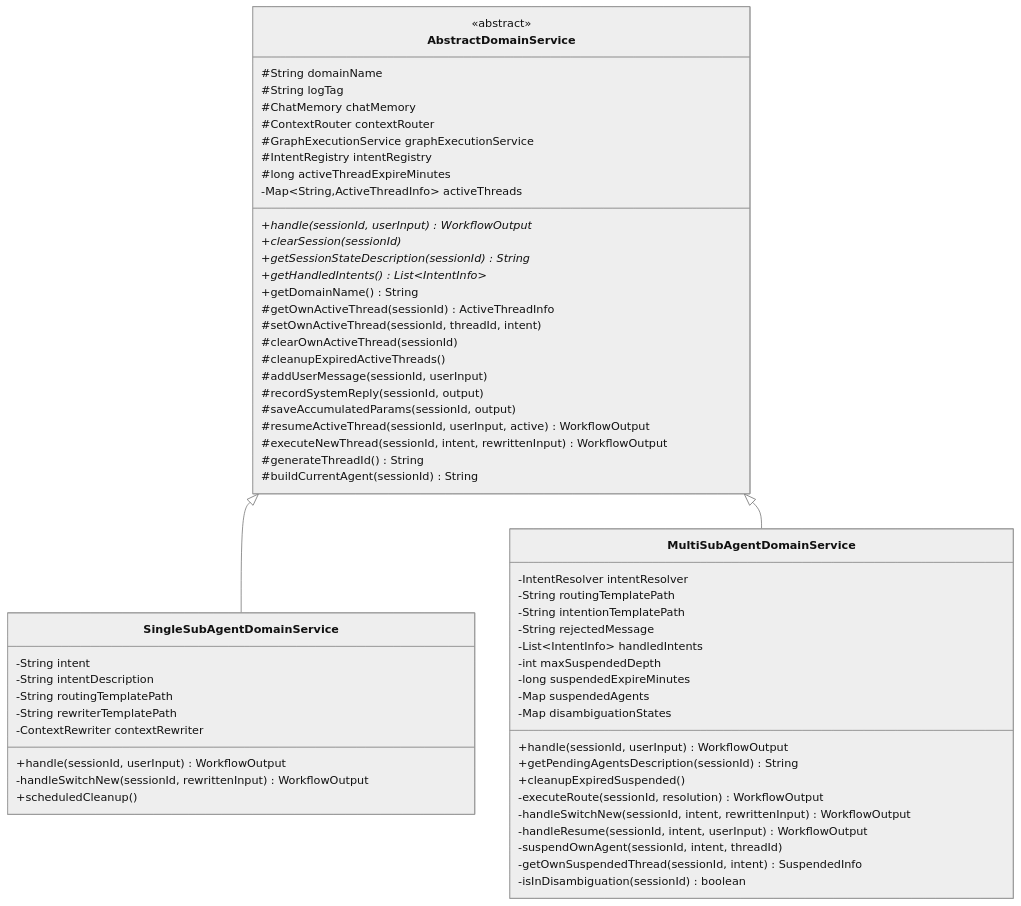
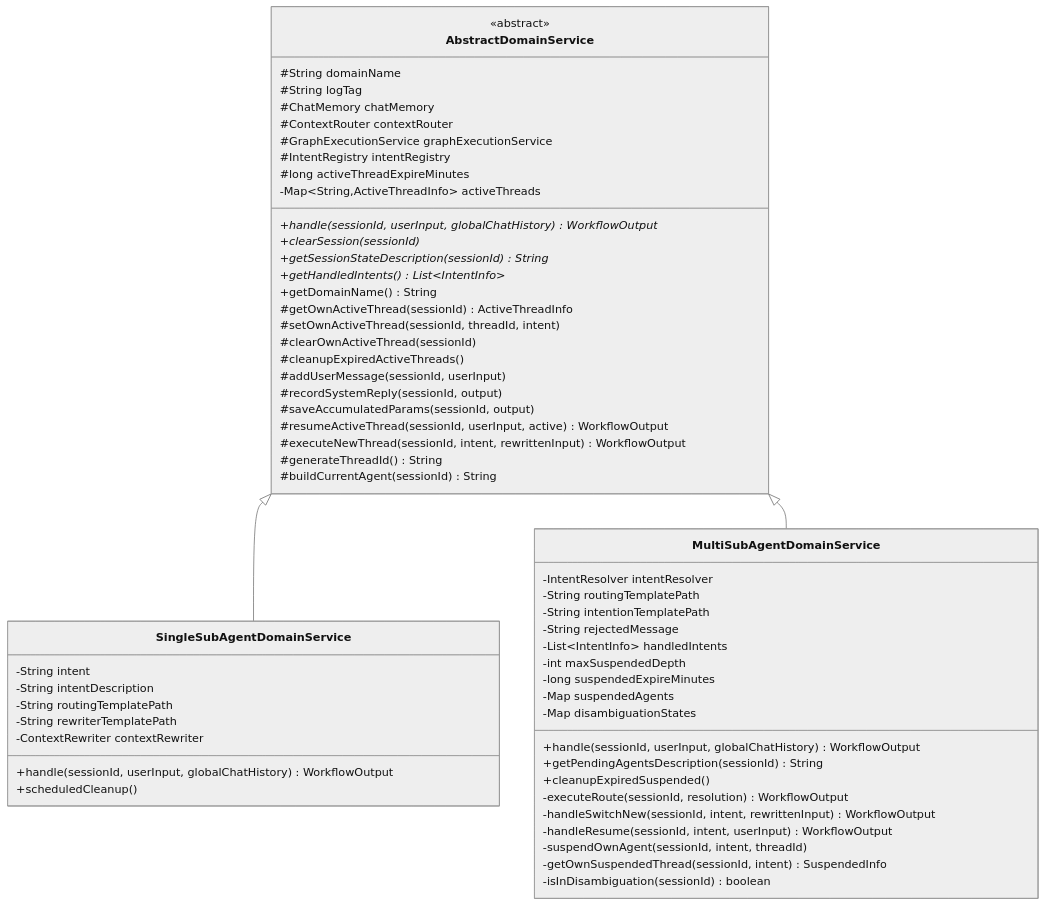
One commit to michael-lin-45/mobile-ai-bank-demo---workbuddy changed the second of 18 diagrams in ARCHITECTURE-FULL.md. Above: the diagram before and after it, drawn with Mermaid (neutral theme). The commit also changed other lines of this file and 15 other files, not shown here.

````diff
--- a/ARCHITECTURE-FULL.md
+++ b/ARCHITECTURE-FULL.md
@@ -113,69 +120,68 @@
 ```mermaid
 classDiagram
     class AbstractDomainService {
         <<abstract>>
         #String domainName
         #String logTag
         #ChatMemory chatMemory
         #ContextRouter contextRouter
         #GraphExecutionService graphExecutionService
         #IntentRegistry intentRegistry
         #long activeThreadExpireMinutes
         -Map~String,ActiveThreadInfo~ activeThreads
         
-        +handle(sessionId, userInput)* WorkflowOutput
+        +handle(sessionId, userInput, globalChatHistory)* WorkflowOutput
         +clearSession(sessionId)*
         +getSessionStateDescription(sessionId)* String
         +getHandledIntents()* List~IntentInfo~
         +getDomainName() String
         
         #getOwnActiveThread(sessionId) ActiveThreadInfo
         #setOwnActiveThread(sessionId, threadId, intent)
         #clearOwnActiveThread(sessionId)
         #cleanupExpiredActiveThreads()
         #addUserMessage(sessionId, userInput)
         #recordSystemReply(sessionId, output)
         #saveAccumulatedParams(sessionId, output)
         #resumeActiveThread(sessionId, userInput, active) WorkflowOutput
         #executeNewThread(sessionId, intent, rewrittenInput) WorkflowOutput
         #generateThreadId() String
         #buildCurrentAgent(sessionId) String
     }
 
     class SingleSubAgentDomainService {
         -String intent
         -String intentDescription
         -String routingTemplatePath
         -String rewriterTemplatePath
         -ContextRewriter contextRewriter
         
-        +handle(sessionId, userInput) WorkflowOutput
-        -handleSwitchNew(sessionId, rewrittenInput) WorkflowOutput
+        +handle(sessionId, userInput, globalChatHistory) WorkflowOutput
         +scheduledCleanup()
     }
 
     class MultiSubAgentDomainService {
         -IntentResolver intentResolver
         -String routingTemplatePath
         -String intentionTemplatePath
         -String rejectedMessage
         -List~IntentInfo~ handledIntents
         -int maxSuspendedDepth
         -long suspendedExpireMinutes
         -Map suspendedAgents
         -Map disambiguationStates
         
-        +handle(sessionId, userInput) WorkflowOutput
+        +handle(sessionId, userInput, globalChatHistory) WorkflowOutput
         +getPendingAgentsDescription(sessionId) String
         +cleanupExpiredSuspended()
         -executeRoute(sessionId, resolution) WorkflowOutput
         -handleSwitchNew(sessionId, intent, rewrittenInput) WorkflowOutput
         -handleResume(sessionId, intent, userInput) WorkflowOutput
         -suspendOwnAgent(sessionId, intent, threadId)
         -getOwnSuspendedThread(sessionId, intent) SuspendedInfo
         -isInDisambiguation(sessionId) boolean
     }
 
     AbstractDomainService <|-- SingleSubAgentDomainService
     AbstractDomainService <|-- MultiSubAgentDomainService
 ```
````
